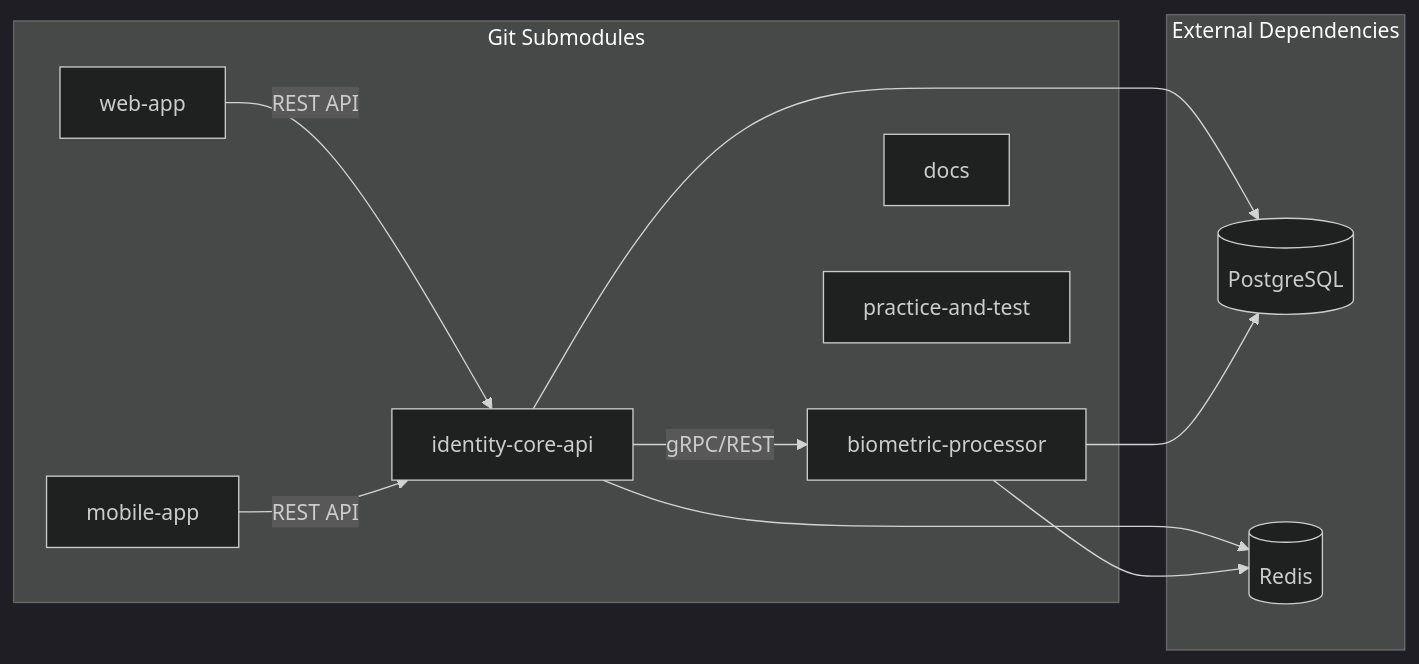
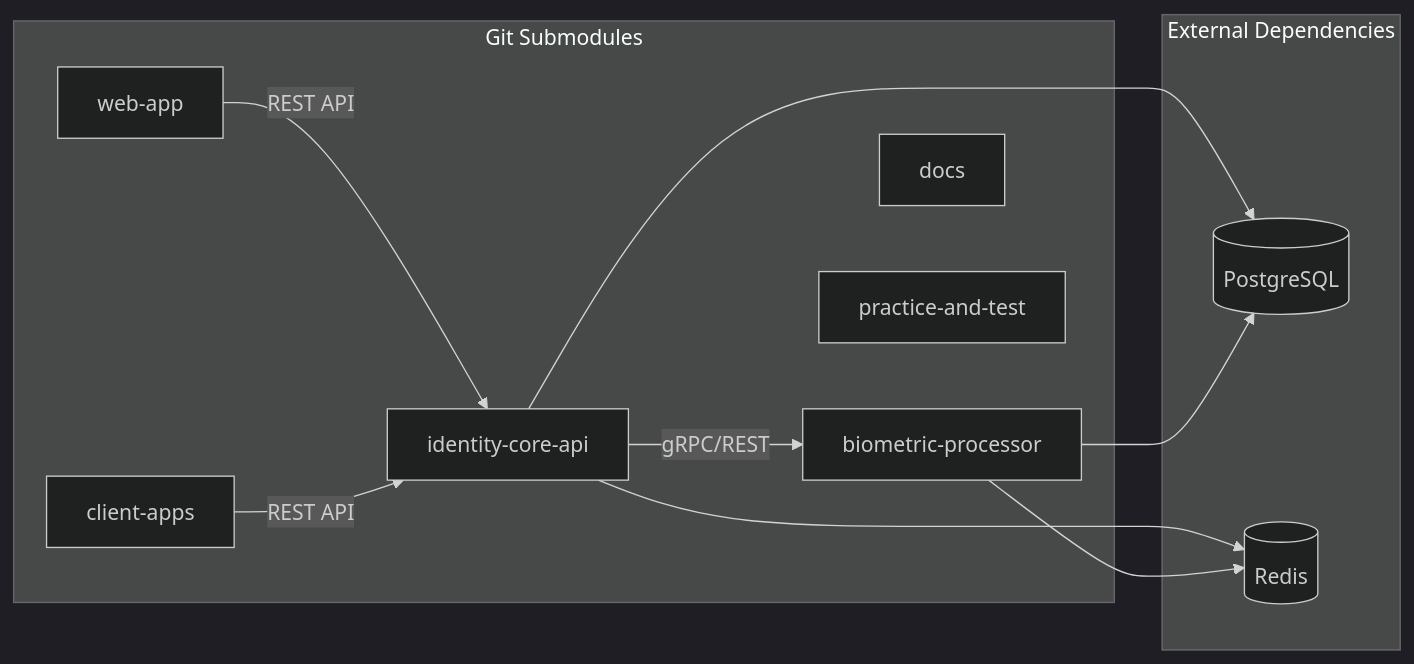
One commit to Rollingcat-Software/docs changed the fourth of 20 diagrams in 02-architecture/ARCHITECTURE_DIAGRAMS.md. Above: the diagram before and after it, drawn with Mermaid (dark theme). The commit also changed other lines of this file and 6 other files, not shown here.

First line of the commit message:
Rename mobile-app to client-apps across documentation

````diff
--- a/02-architecture/ARCHITECTURE_DIAGRAMS.md
+++ b/02-architecture/ARCHITECTURE_DIAGRAMS.md
@@ -149,24 +149,24 @@
 ```mermaid
 graph LR
     subgraph "Git Submodules"
         BP[biometric-processor]
         ICA[identity-core-api]
         WA[web-app]
-        MA[mobile-app]
+        CA[client-apps]
         DOCS[docs]
         PT[practice-and-test]
     end
 
     subgraph "External Dependencies"
         PG[(PostgreSQL)]
         RD[(Redis)]
     end
 
     WA -->|REST API| ICA
-    MA -->|REST API| ICA
+    CA -->|REST API| ICA
     ICA -->|gRPC/REST| BP
     ICA --> PG
     ICA --> RD
     BP --> PG
     BP --> RD
 ```
````
